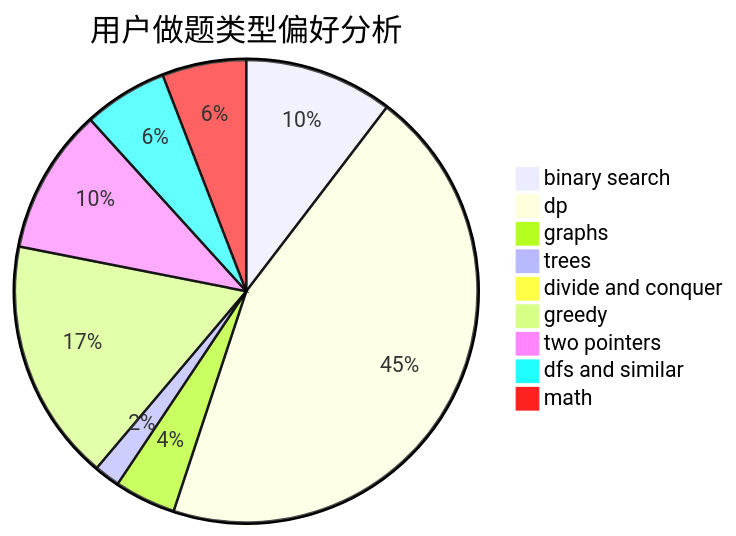
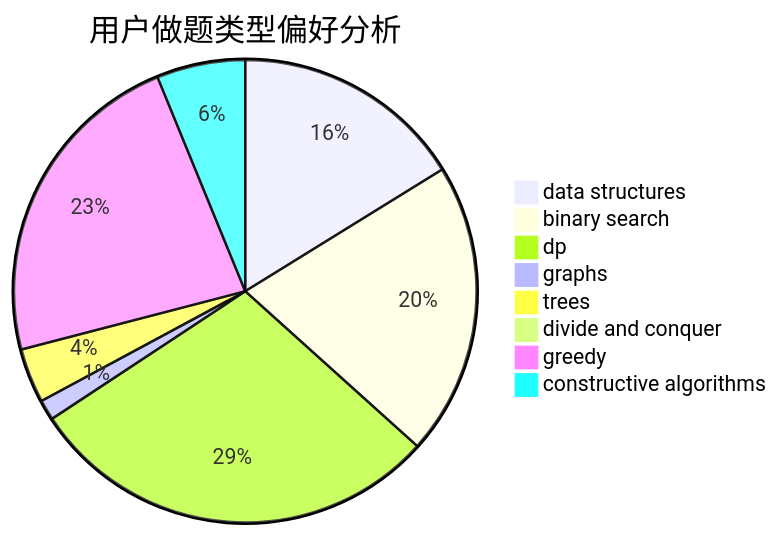
Before and after one commit to sherpahu/cfrs.github.io: the second of 3 diagrams in docs/user/u2210.md, drawn with Mermaid. The commit also changed other lines of this file and 2775 other files, not shown here.

````diff
--- a/docs/user/u2210.md
+++ b/docs/user/u2210.md
@@ -23,12 +23,11 @@
 ```mermaid
 pie title 用户做题类型偏好分析
-    "binary search" :  46
-    "dp" :  198
-    "graphs" :  19
+    "data structures" :  34
+    "binary search" :  43
+    "dp" :  61
+    "graphs" :  3
     "trees" :  8
     "divide and conquer" :  0
-    "greedy" :  75
-    "two pointers" :  45
-    "dfs and similar" :  26
-    "math" :  26
+    "greedy" :  48
+    "constructive algorithms" :  13
 ```
````
